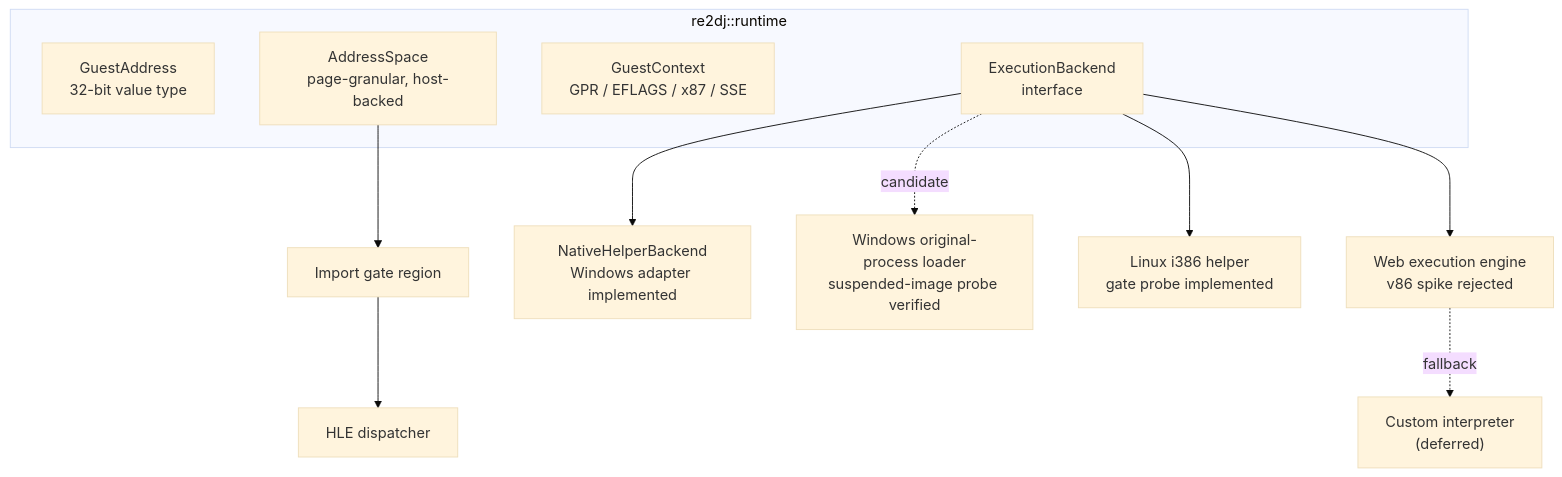
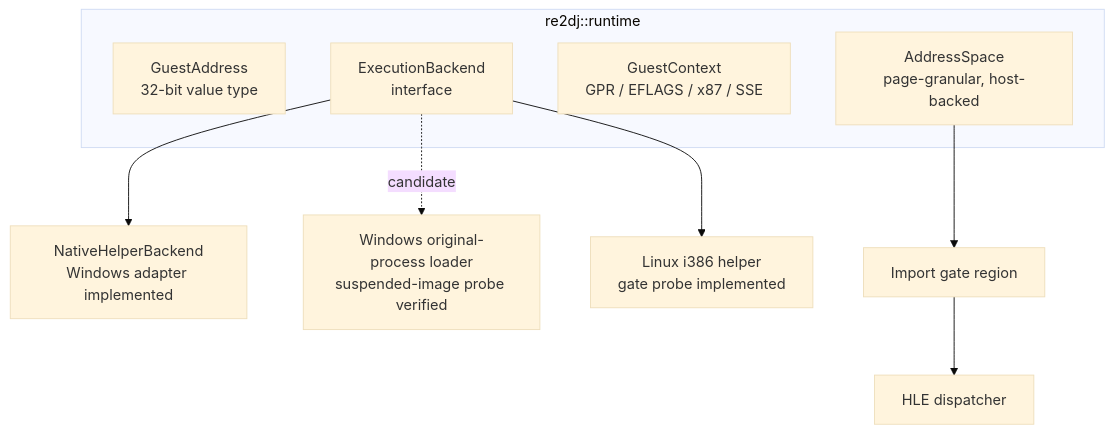
Before and after one commit to nworkers/re2DJ: the third of 4 diagrams in ARCHITECTURE.md, drawn with Mermaid (base theme). The commit also changed other lines of this file and 173 other files, not shown here.

````diff
--- a/ARCHITECTURE.md
+++ b/ARCHITECTURE.md
@@ -481,16 +487,14 @@
 ```mermaid
 flowchart TD
     subgraph runtime["re2dj::runtime"]
         GA["GuestAddress<br/>32-bit value type"]
         AS["AddressSpace<br/>page-granular, host-backed"]
         CTX["GuestContext<br/>GPR / EFLAGS / x87 / SSE"]
         BE["ExecutionBackend<br/>interface"]
     end
     BE --> NAT["NativeHelperBackend<br/>Windows adapter implemented"]
     BE -.candidate.-> ORIG["Windows original-process loader<br/>suspended-image probe verified"]
     BE --> LNX["Linux i386 helper<br/>gate probe implemented"]
-    BE --> WEB["Web execution engine<br/>v86 spike rejected"]
-    WEB -.fallback.-> INT["Custom interpreter<br/>(deferred)"]
     AS --> GATE["Import gate region"]
     GATE --> DISP["HLE dispatcher"]
 ```
````
